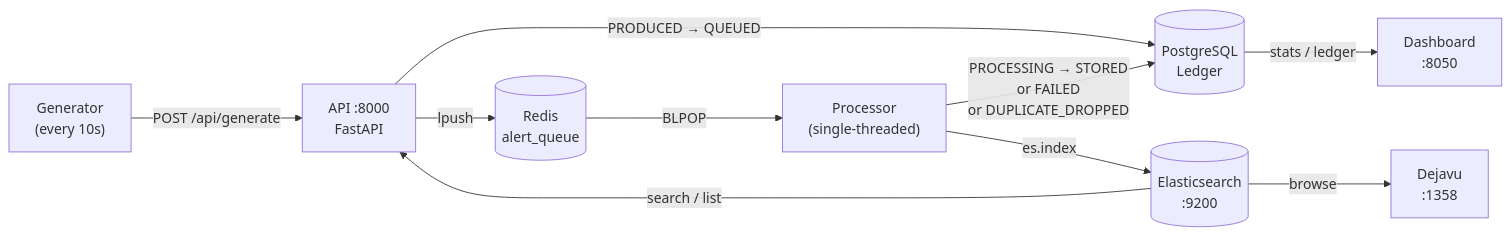
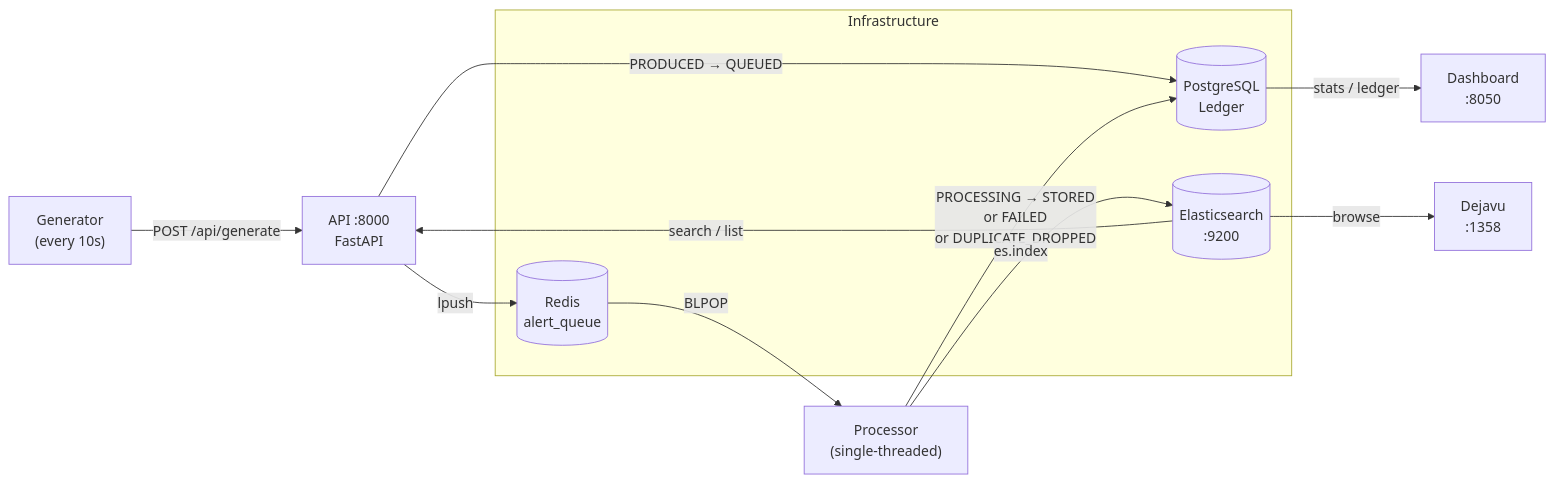
One commit to rahulgoel527/alert-pipeline-validation changed the first of 3 diagrams in README.md. Above: the diagram before and after it, drawn with Mermaid. The commit also changed other lines of this file and 1 other file, not shown here.

Commit message:
docs: distinguish 4 Python services from infrastructure dependencies

````diff
--- a/README.md
+++ b/README.md
@@ -36,21 +36,24 @@
 ```mermaid
 flowchart LR
     GEN["Generator\n(every 10s)"]
     API["API :8000\nFastAPI"]
-    PG[("PostgreSQL\nLedger")]
-    RQ[("Redis\nalert_queue")]
     PROC["Processor\n(single-threaded)"]
-    ES[("Elasticsearch\n:9200")]
     DASH["Dashboard\n:8050"]
     DEJ["Dejavu\n:1358"]
+
+    subgraph infra["Infrastructure"]
+        PG[("PostgreSQL\nLedger")]
+        RQ[("Redis\nalert_queue")]
+        ES[("Elasticsearch\n:9200")]
+    end
 
     GEN -- "POST /api/generate" --> API
     API -- "PRODUCED → QUEUED" --> PG
     API -- "lpush" --> RQ
     RQ -- "BLPOP" --> PROC
     PROC -- "PROCESSING → STORED\nor FAILED\nor DUPLICATE_DROPPED" --> PG
     PROC -- "es.index" --> ES
     PG -- "stats / ledger" --> DASH
     ES -- "search / list" --> API
     ES -- "browse" --> DEJ
 ```
````
